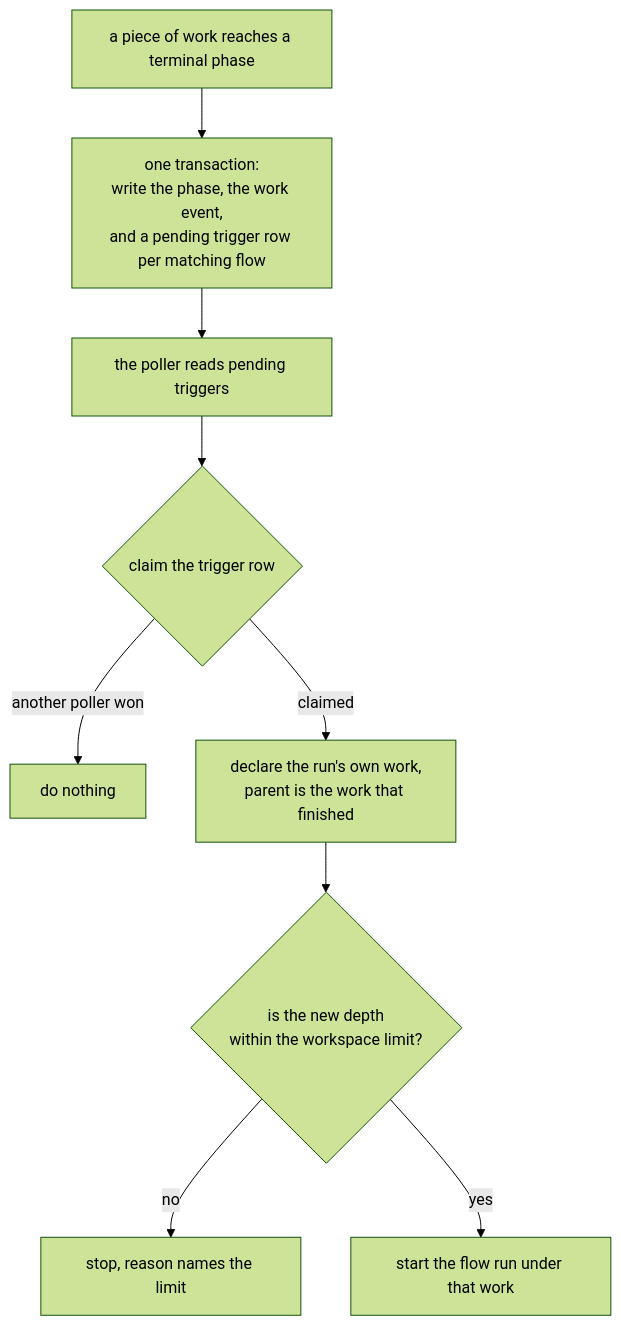
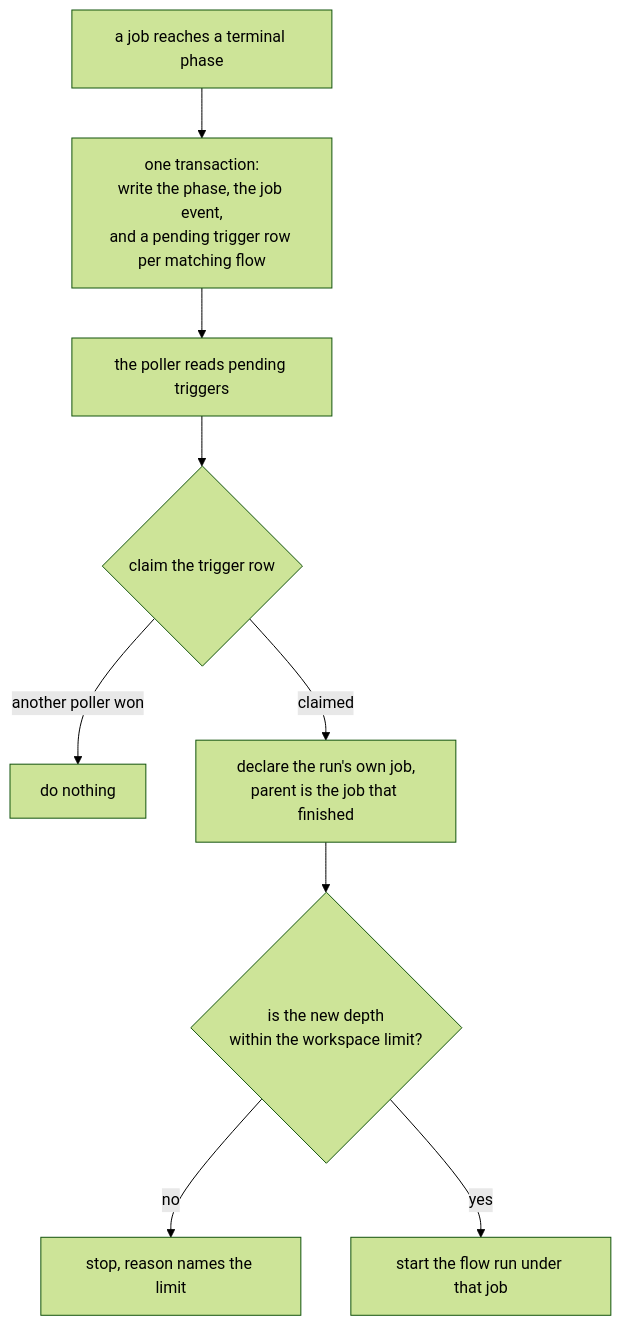
One commit to atlantic-blue/quay-crew changed diagram 19 of 19 in docs/ORCHESTRATION.md. Above: the diagram before and after it, drawn with Mermaid (forest theme). The commit also changed other lines of this file and 222 other files, not shown here.

Commit message:
refactor: declared intent is a job, not work

````diff
--- a/docs/ORCHESTRATION.md
+++ b/docs/ORCHESTRATION.md
@@ -2469,11 +2469,11 @@
 ```mermaid
 flowchart TD
-    DONE["a piece of work reaches a terminal phase"] --> TX["one transaction:<br/>write the phase, the work event,<br/>and a pending trigger row per matching flow"]
+    DONE["a job reaches a terminal phase"] --> TX["one transaction:<br/>write the phase, the job event,<br/>and a pending trigger row per matching flow"]
     TX --> POLL["the poller reads pending triggers"]
     POLL --> CLAIM{"claim the trigger row"}
     CLAIM -->|"another poller won"| DROP["do nothing"]
-    CLAIM -->|"claimed"| NEW["declare the run's own work,<br/>parent is the work that finished"]
+    CLAIM -->|"claimed"| NEW["declare the run's own job,<br/>parent is the job that finished"]
     NEW --> DEPTH{"is the new depth<br/>within the workspace limit?"}
     DEPTH -->|"no"| REFUSE["stop, reason names the limit"]
-    DEPTH -->|"yes"| RUN["start the flow run under that work"]
+    DEPTH -->|"yes"| RUN["start the flow run under that job"]
 ```
````
